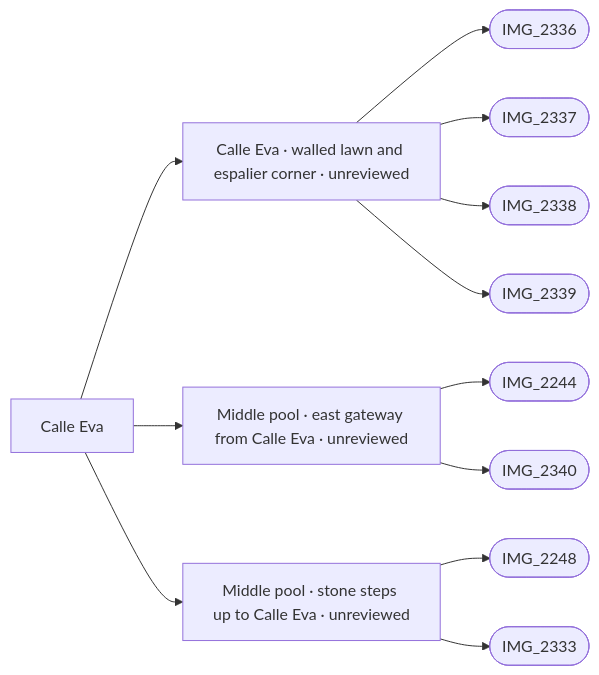
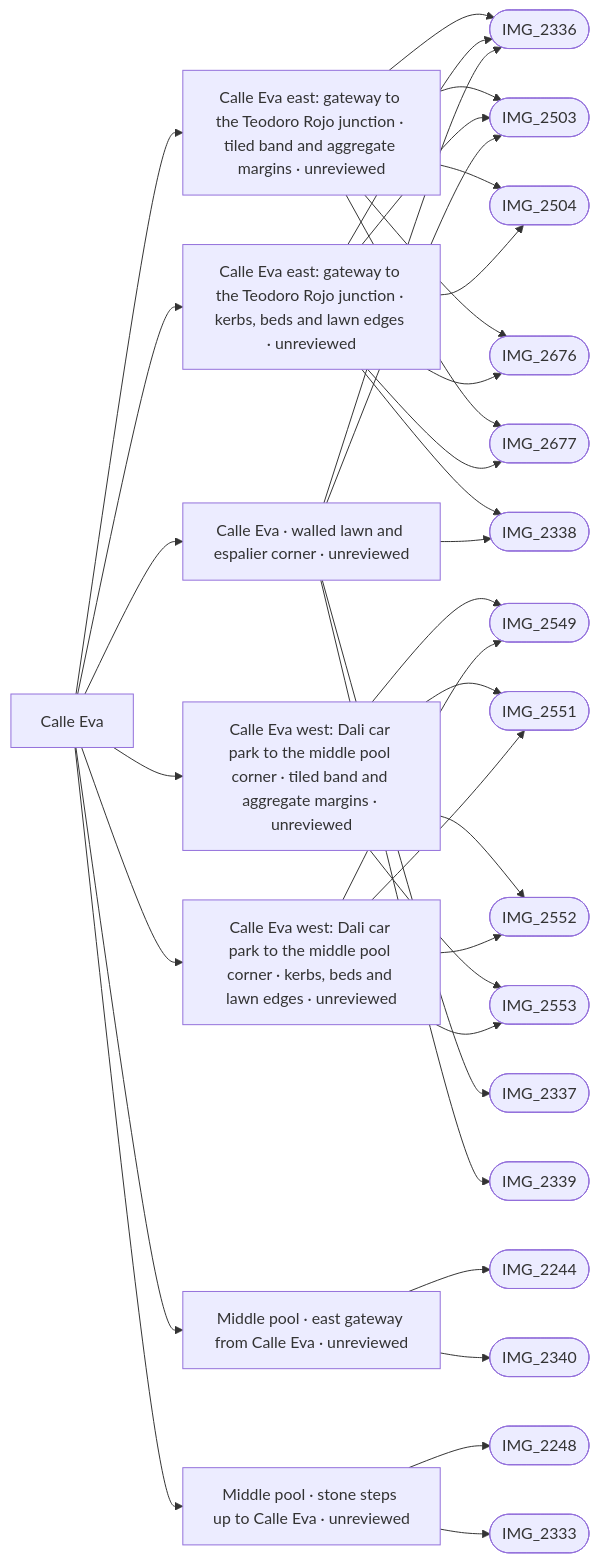
Before and after one commit to daveyboyc/villacana-venture: the diagram in refs/areas/eva.md, drawn with Mermaid. The commit also changed other lines of this file and 51 other files, not shown here.

First line of the commit message:
Calle Eva: photographed tiled lane, aggregate margins, kerbs, beds and lawn edges (eva-lane-details, in progress)

````diff
--- a/refs/areas/eva.md
+++ b/refs/areas/eva.md
@@ -37,15 +41,39 @@
 ```mermaid
 graph LR
   A["Calle Eva"]
-  A --> F0["Calle Eva · walled lawn and espalier corner · unreviewed"]
+  A --> F0["Calle Eva east: gateway to the Teodoro Rojo junction · tiled band and aggregate margins · unreviewed"]
   F0 --> PIMG_2336_jpg(["IMG_2336"])
-  F0 --> PIMG_2337_jpg(["IMG_2337"])
-  F0 --> PIMG_2338_jpg(["IMG_2338"])
-  F0 --> PIMG_2339_jpg(["IMG_2339"])
-  A --> F1["Middle pool · east gateway from Calle Eva · unreviewed"]
-  F1 --> PIMG_2244_jpg(["IMG_2244"])
-  F1 --> PIMG_2340_jpg(["IMG_2340"])
-  A --> F2["Middle pool · stone steps up to Calle Eva · unreviewed"]
-  F2 --> PIMG_2248_jpg(["IMG_2248"])
-  F2 --> PIMG_2333_jpg(["IMG_2333"])
+  F0 --> PIMG_2503_jpg(["IMG_2503"])
+  F0 --> PIMG_2504_jpg(["IMG_2504"])
+  F0 --> PIMG_2676_jpg(["IMG_2676"])
+  F0 --> PIMG_2677_jpg(["IMG_2677"])
+  A --> F1["Calle Eva east: gateway to the Teodoro Rojo junction · kerbs, beds and lawn edges · unreviewed"]
+  F1 --> PIMG_2336_jpg(["IMG_2336"])
+  F1 --> PIMG_2338_jpg(["IMG_2338"])
+  F1 --> PIMG_2503_jpg(["IMG_2503"])
+  F1 --> PIMG_2504_jpg(["IMG_2504"])
+  F1 --> PIMG_2676_jpg(["IMG_2676"])
+  F1 --> PIMG_2677_jpg(["IMG_2677"])
+  A --> F2["Calle Eva west: Dali car park to the middle pool corner · tiled band and aggregate margins · unreviewed"]
+  F2 --> PIMG_2549_jpg(["IMG_2549"])
+  F2 --> PIMG_2551_jpg(["IMG_2551"])
+  F2 --> PIMG_2552_jpg(["IMG_2552"])
+  F2 --> PIMG_2553_jpg(["IMG_2553"])
+  A --> F3["Calle Eva west: Dali car park to the middle pool corner · kerbs, beds and lawn edges · unreviewed"]
+  F3 --> PIMG_2549_jpg(["IMG_2549"])
+  F3 --> PIMG_2551_jpg(["IMG_2551"])
+  F3 --> PIMG_2552_jpg(["IMG_2552"])
+  F3 --> PIMG_2553_jpg(["IMG_2553"])
+  A --> F4["Calle Eva · walled lawn and espalier corner · unreviewed"]
+  F4 --> PIMG_2336_jpg(["IMG_2336"])
+  F4 --> PIMG_2337_jpg(["IMG_2337"])
+  F4 --> PIMG_2338_jpg(["IMG_2338"])
+  F4 --> PIMG_2339_jpg(["IMG_2339"])
+  F4 --> PIMG_2503_jpg(["IMG_2503"])
+  A --> F5["Middle pool · east gateway from Calle Eva · unreviewed"]
+  F5 --> PIMG_2244_jpg(["IMG_2244"])
+  F5 --> PIMG_2340_jpg(["IMG_2340"])
+  A --> F6["Middle pool · stone steps up to Calle Eva · unreviewed"]
+  F6 --> PIMG_2248_jpg(["IMG_2248"])
+  F6 --> PIMG_2333_jpg(["IMG_2333"])
 ```
````
